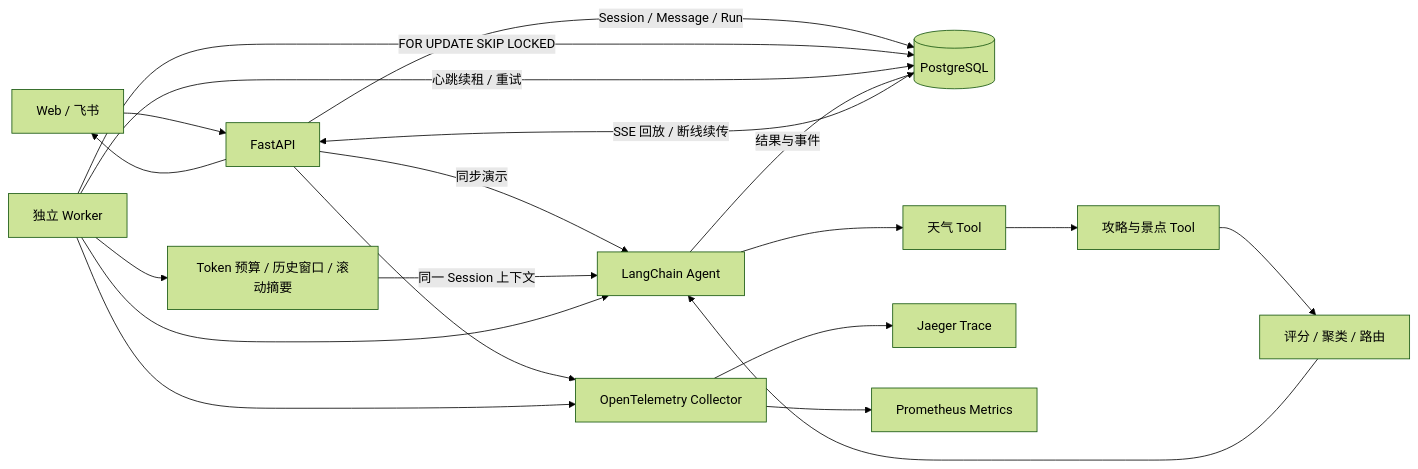
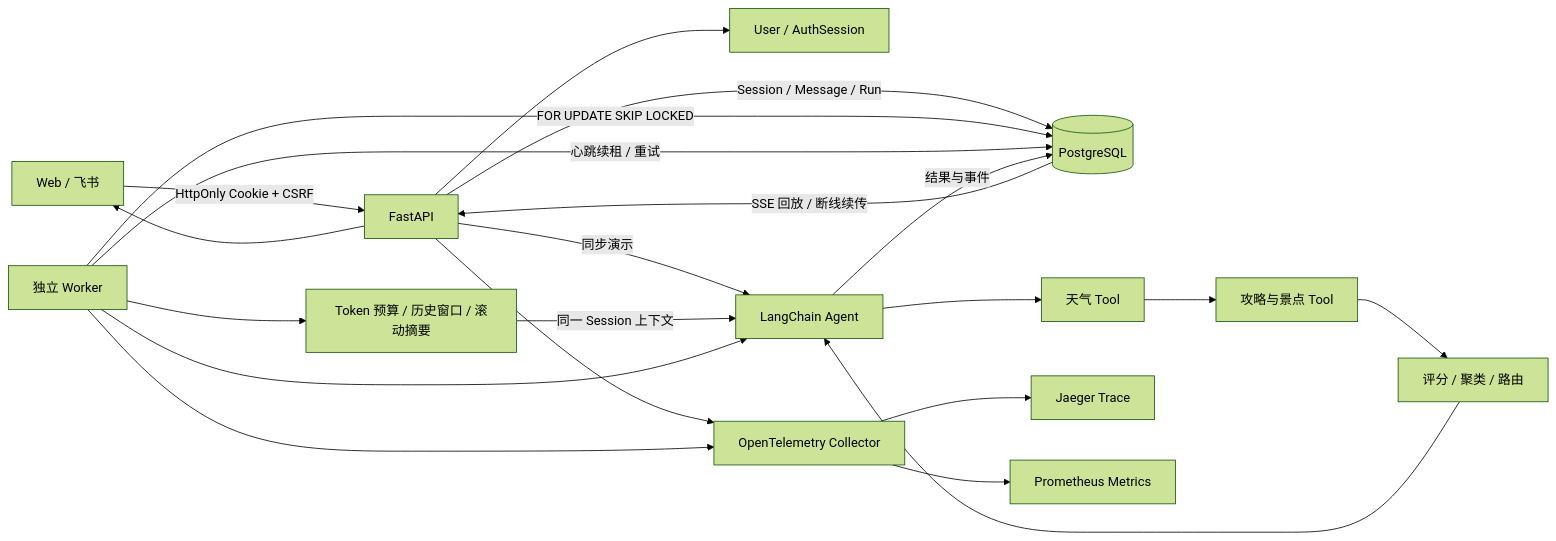
Before and after one commit to Ludewiki/diy_agent: the diagram in README.md, drawn with Mermaid (forest theme). The commit also changed other lines of this file and 21 other files, not shown here.

````diff
--- a/README.md
+++ b/README.md
@@ -9,22 +9,23 @@
 ```mermaid
 flowchart LR
-    U[Web / 飞书] --> API[FastAPI]
+    U[Web / 飞书] -->|HttpOnly Cookie + CSRF| API[FastAPI]
+    API --> AUTH[User / AuthSession]
     API -->|Session / Message / Run| PG[(PostgreSQL)]
     API -->|同步演示| AGENT[LangChain Agent]
     WORKER[独立 Worker] -->|FOR UPDATE SKIP LOCKED| PG
     WORKER -->|心跳续租 / 重试| PG
     WORKER --> CONTEXT[Token 预算 / 历史窗口 / 滚动摘要]
     CONTEXT -->|同一 Session 上下文| AGENT
     WORKER --> AGENT
     AGENT --> WEATHER[天气 Tool]
     WEATHER --> GUIDE[攻略与景点 Tool]
     GUIDE --> ROUTE[评分 / 聚类 / 路由]
     ROUTE --> AGENT
     AGENT -->|结果与事件| PG
     PG -->|SSE 回放 / 断线续传| API
     API --> U
     API --> OTEL[OpenTelemetry Collector]
     WORKER --> OTEL
     OTEL --> JAEGER[Jaeger Trace]
     OTEL --> PROM[Prometheus Metrics]
 ```
````
